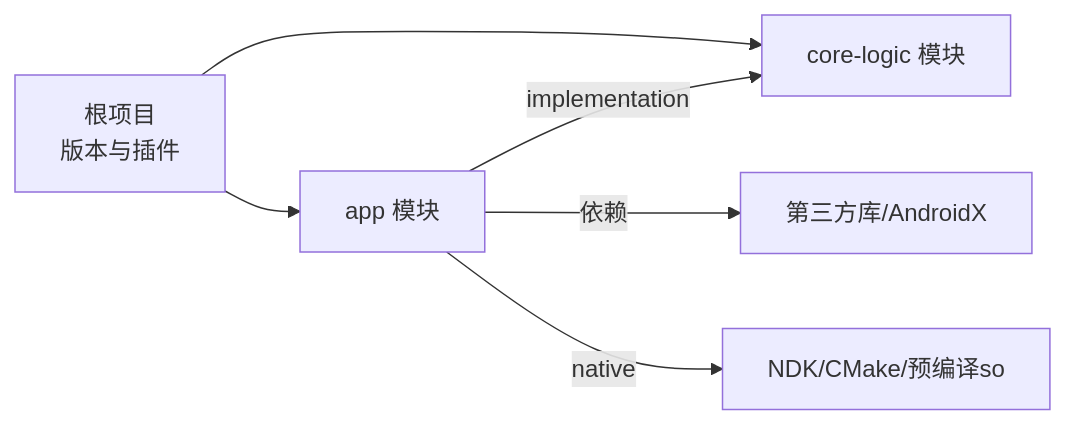
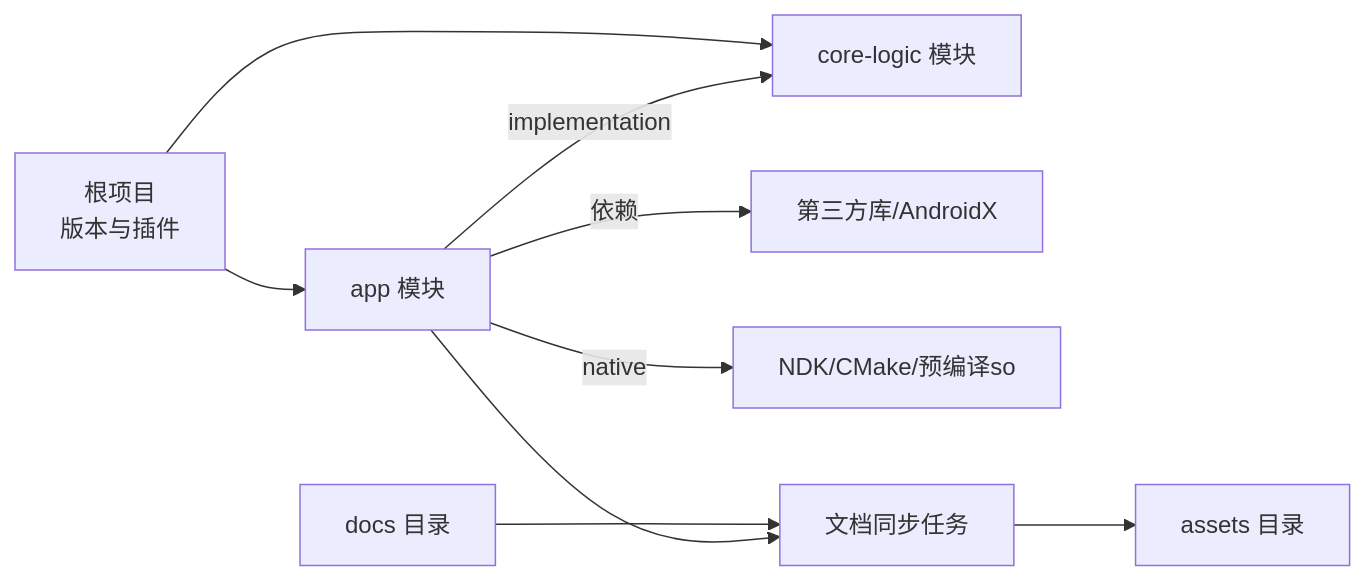
Before and after one commit to qiaodashaoye/ziyou-ime: the fourth of 4 diagrams in .qoder/repowiki/zh/content/部署与构建/Gradle 构建配置.md, drawn with Mermaid. The commit also changed other lines of this file and 11 other files, not shown here.

````diff
--- a/.qoder/repowiki/zh/content/部署与构建/Gradle 构建配置.md
+++ b/.qoder/repowiki/zh/content/部署与构建/Gradle 构建配置.md
@@ -187,8 +259,11 @@
 ```mermaid
 graph LR
 Root["根项目<br/>版本与插件"] --> App["app 模块"]
 Root --> Core["core-logic 模块"]
 App --> |implementation| Core
 App --> |依赖| Libs["第三方库/AndroidX"]
 App --> |native| NDK["NDK/CMake/预编译so"]
+Docs["docs 目录"] --> DocTask["文档同步任务"]
+DocTask --> Assets["assets 目录"]
+App --> DocTask
 ```
````
